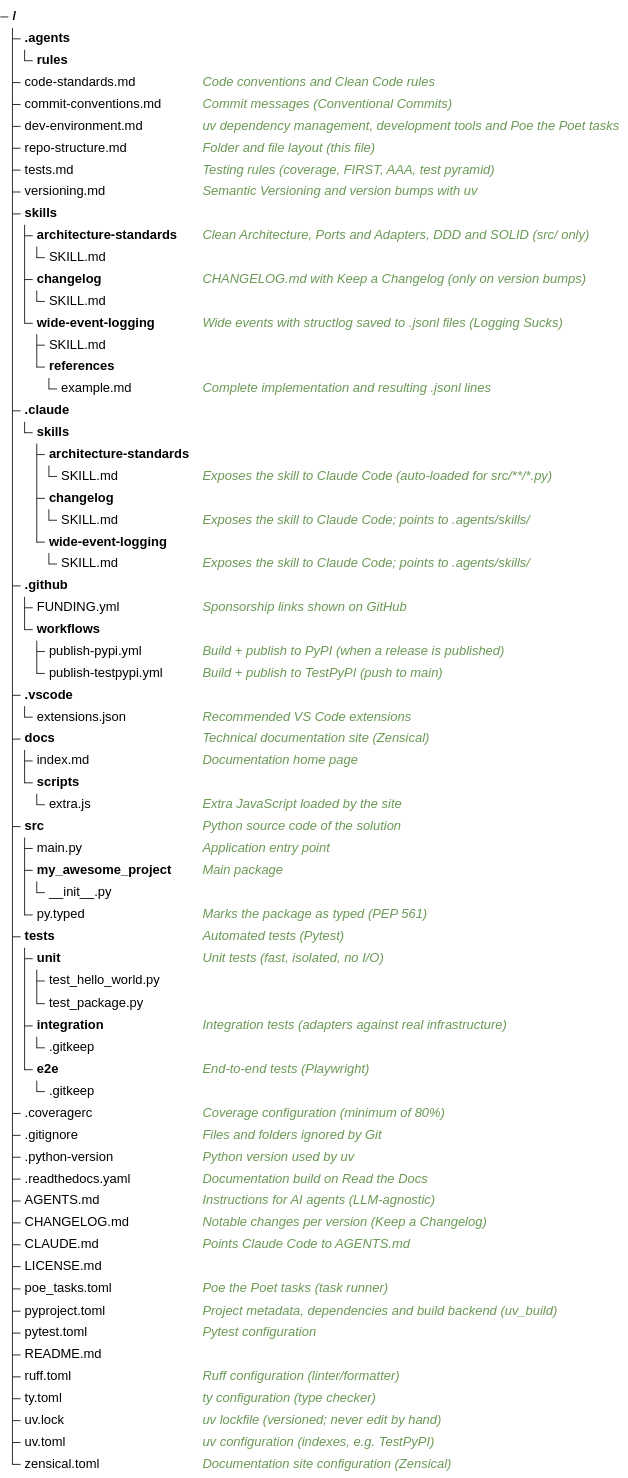
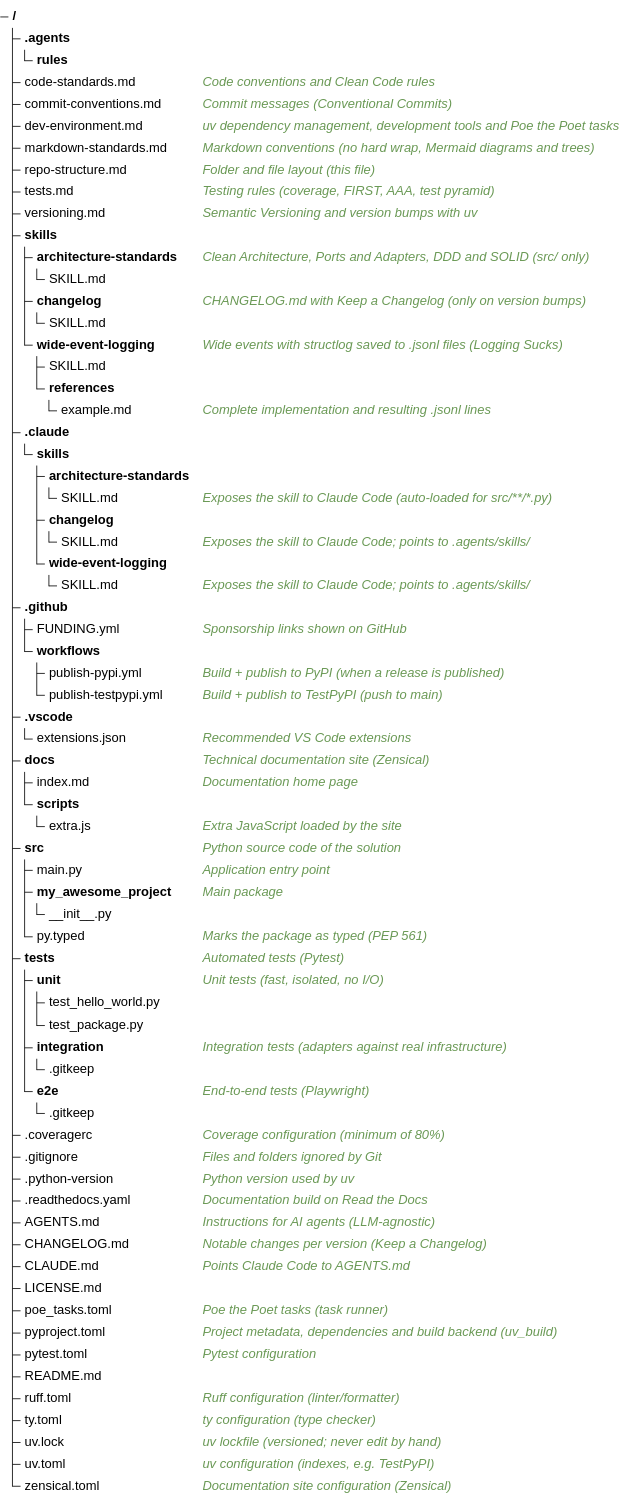
One commit to rodrigo-cl-porto/python-project-template changed the diagram in .agents/rules/repo-structure.md. Above: the diagram before and after it, drawn with Mermaid (neutral theme). The commit also changed 4 other files, not shown here.

First line of the commit message:
docs: separate Markdown authoring standards

````diff
--- a/.agents/rules/repo-structure.md
+++ b/.agents/rules/repo-structure.md
@@ -10,69 +10,70 @@
 ```mermaid
 treeView-beta
     .agents/
         rules/
 			code-standards.md ## Code conventions and Clean Code rules
 			commit-conventions.md ## Commit messages (Conventional Commits)
 			dev-environment.md ## uv dependency management, development tools and Poe the Poet tasks
+			markdown-standards.md ## Markdown conventions (no hard wrap, Mermaid diagrams and trees)
 			repo-structure.md ## Folder and file layout (this file)
 			tests.md ## Testing rules (coverage, FIRST, AAA, test pyramid)
 			versioning.md ## Semantic Versioning and version bumps with uv
 		skills/
             architecture-standards/ ## Clean Architecture, Ports and Adapters, DDD and SOLID (src/ only)
                 SKILL.md
             changelog/ ## CHANGELOG.md with Keep a Changelog (only on version bumps)
                 SKILL.md
             wide-event-logging/ ## Wide events with structlog saved to .jsonl files (Logging Sucks)
                 SKILL.md
                 references/
                     example.md ## Complete implementation and resulting .jsonl lines
 	.claude/
 		skills/
             architecture-standards/
                 SKILL.md ## Exposes the skill to Claude Code (auto-loaded for src/**/*.py)
             changelog/
                 SKILL.md ## Exposes the skill to Claude Code; points to .agents/skills/
             wide-event-logging/
                 SKILL.md ## Exposes the skill to Claude Code; points to .agents/skills/
 	.github/
 		FUNDING.yml ## Sponsorship links shown on GitHub
 		workflows/
             publish-pypi.yml ## Build + publish to PyPI (when a release is published)
             publish-testpypi.yml ## Build + publish to TestPyPI (push to main)
 	.vscode/
 		extensions.json ## Recommended VS Code extensions
 	docs/ ## Technical documentation site (Zensical)
 		index.md ## Documentation home page
 		scripts/
             extra.js ## Extra JavaScript loaded by the site
 	src/ ## Python source code of the solution
 		main.py ## Application entry point
 		my_awesome_project/ ## Main package
 			__init__.py
 		py.typed ## Marks the package as typed (PEP 561)
 	tests/ ## Automated tests (Pytest)
 		unit/ ## Unit tests (fast, isolated, no I/O)
 			test_hello_world.py
 			test_package.py
 		integration/ ## Integration tests (adapters against real infrastructure)
 			.gitkeep
 		e2e/ ## End-to-end tests (Playwright)
             .gitkeep
 	.coveragerc ## Coverage configuration (minimum of 80%)
 	.gitignore ## Files and folders ignored by Git
 	.python-version ## Python version used by uv
 	.readthedocs.yaml ## Documentation build on Read the Docs
 	AGENTS.md ## Instructions for AI agents (LLM-agnostic)
 	CHANGELOG.md ## Notable changes per version (Keep a Changelog)
 	CLAUDE.md ## Points Claude Code to AGENTS.md
 	LICENSE.md
 	poe_tasks.toml ## Poe the Poet tasks (task runner)
 	pyproject.toml ## Project metadata, dependencies and build backend (uv_build)
 	pytest.toml ## Pytest configuration
 	README.md
 	ruff.toml ## Ruff configuration (linter/formatter)
 	ty.toml ## ty configuration (type checker)
 	uv.lock ## uv lockfile (versioned; never edit by hand)
 	uv.toml ## uv configuration (indexes, e.g. TestPyPI)
 	zensical.toml ## Documentation site configuration (Zensical)
 ```
````
